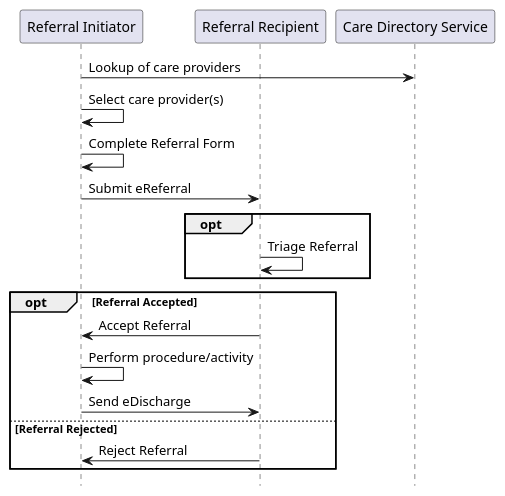
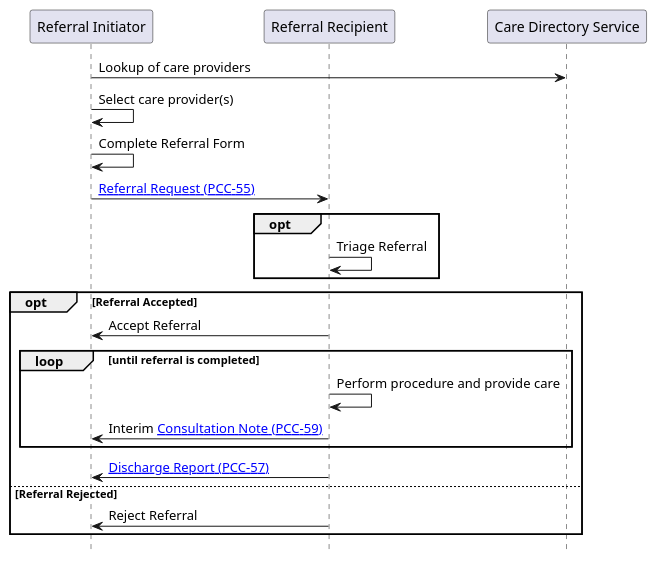
The diagram in input/images-source/eReferral-sequence.plantuml (Virtually-Healthcare/virtually-healthcare.github.com), drawn with PlantUML before and after one commit. The commit also changed 3 other files, not shown here.

```diff
--- a/input/images-source/eReferral-sequence.plantuml
+++ b/input/images-source/eReferral-sequence.plantuml
@@ -1,24 +1,27 @@
 @startuml
 
 hide footbox
 
 participant "Referral Initiator" as placer
 participant "Referral Recipient" as filler
 participant "Care Directory Service" as mMCSD
 
 placer -> mMCSD: Lookup of care providers
 placer -> placer: Select care provider(s)
 placer -> placer : Complete Referral Form
-placer -> filler : Submit eReferral
+placer -> filler : [[I12.html Referral Request (PCC-55)]]
 opt
   filler -> filler: Triage Referral
 end
 opt Referral Accepted
   filler -> placer: Accept Referral
-  placer -> placer: Perform procedure/activity
-  placer -> filler: Send eDischarge
+  loop until referral is completed
+    filler -> filler: Perform procedure and provide care
+    filler -> placer: Interim [[A04.html Consultation Note (PCC-59)]]
+  end
+  filler -> placer : [[A03.html Discharge Report (PCC-57)]]
 else Referral Rejected
   filler -> placer: Reject Referral
 end
 
 @enduml
```
